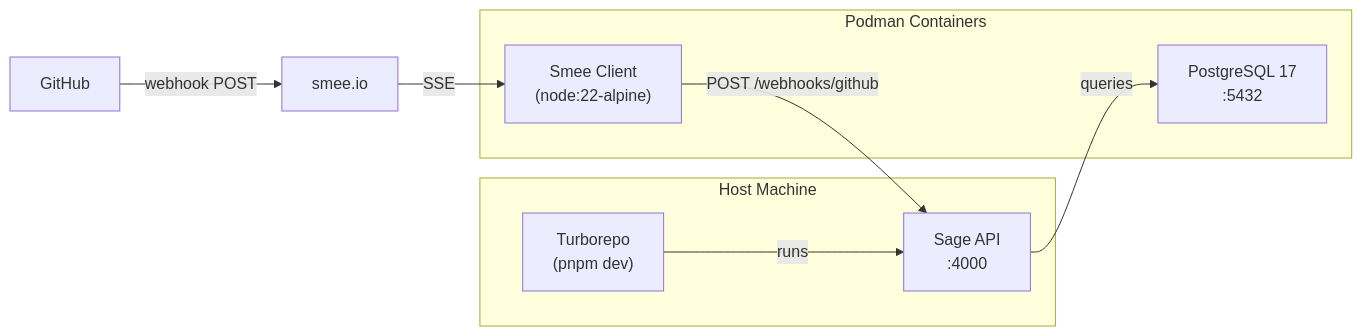
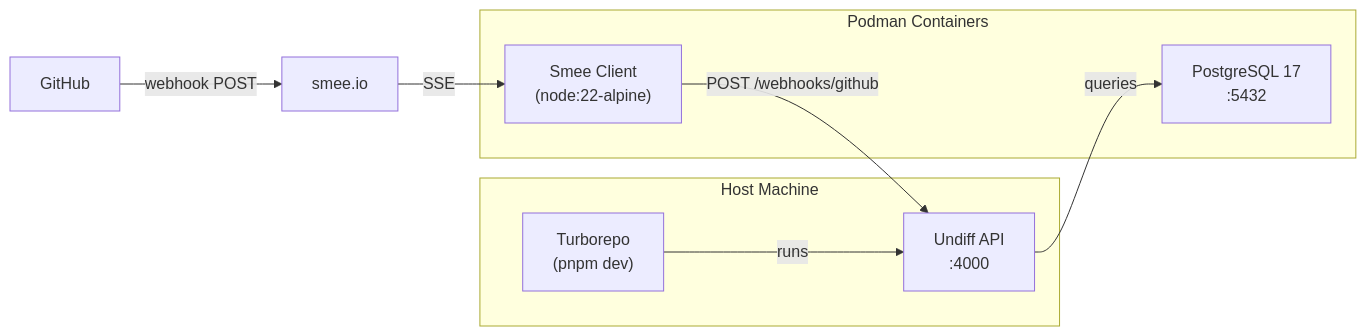
One commit to surfer19/undiff changed the seventh of 7 diagrams in docs/ARCHITECTURE.md. Above: the diagram before and after it, drawn with Mermaid. The commit also changed other lines of this file and 17 other files, not shown here.

First line of the commit message:
rename sage to undiff across entire project

````diff
--- a/docs/ARCHITECTURE.md
+++ b/docs/ARCHITECTURE.md
@@ -164,19 +164,19 @@
 ```mermaid
 graph LR
     subgraph Host Machine
-        API["Sage API<br/>:4000"]
+        API["Undiff API<br/>:4000"]
         Turbo["Turborepo<br/>(pnpm dev)"]
     end
 
     subgraph Podman Containers
         PG["PostgreSQL 17<br/>:5432"]
         SM["Smee Client<br/>(node:22-alpine)"]
     end
 
     Cloud["smee.io"] -->|SSE| SM
     SM -->|POST /webhooks/github| API
     API -->|queries| PG
     Turbo -->|runs| API
 
     GH["GitHub"] -->|webhook POST| Cloud
 ```
````
